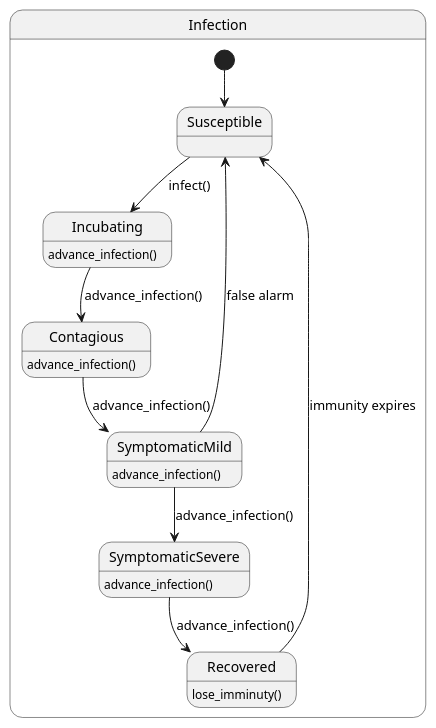
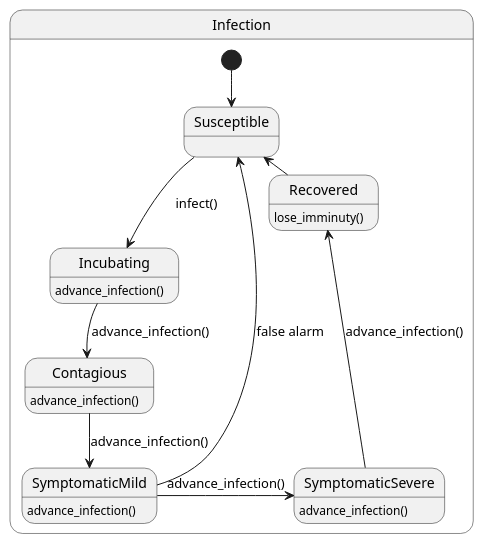
One commit to JoshuaSFryer/multi-agent-sim changed the diagram in doc/uml/src/infection-2-stage.puml. Above: the diagram before and after it, drawn with PlantUML. The commit also changed 25 other files, not shown here.

```diff
--- a/doc/uml/src/infection-2-stage.puml
+++ b/doc/uml/src/infection-2-stage.puml
@@ -1,19 +1,20 @@
 @startuml Two_Stage_Infection
+skinparam DefaultFontName ArialMT
 
 state Infection {
     [*] --> Susceptible
     Susceptible --> Incubating : infect()
     Incubating : advance_infection()
     Incubating --> Contagious : advance_infection()
     Contagious : advance_infection()
     Contagious --> SymptomaticMild : advance_infection()
     SymptomaticMild : advance_infection()
-    SymptomaticMild --> SymptomaticSevere : advance_infection()
+    SymptomaticMild -right-> SymptomaticSevere : advance_infection()
     SymptomaticMild --> Susceptible : false alarm
     SymptomaticSevere : advance_infection()
-    SymptomaticSevere --> Recovered : advance_infection()
+    SymptomaticSevere -up-> Recovered : advance_infection()
     Recovered: lose_imminuty()
-    Recovered --> Susceptible : immunity expires
+    Recovered -left-> Susceptible : immunity expires
 }
 
 @enduml
```
